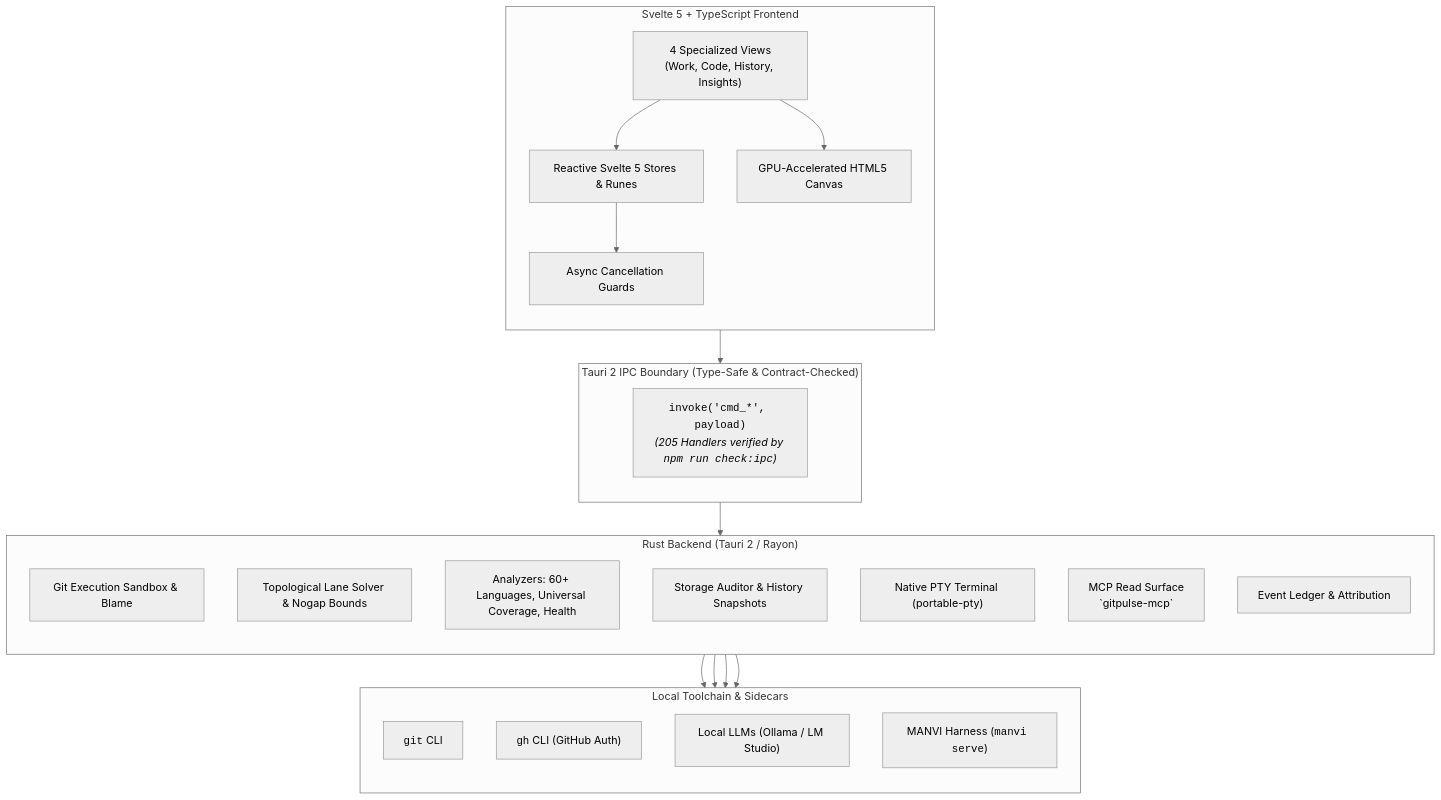
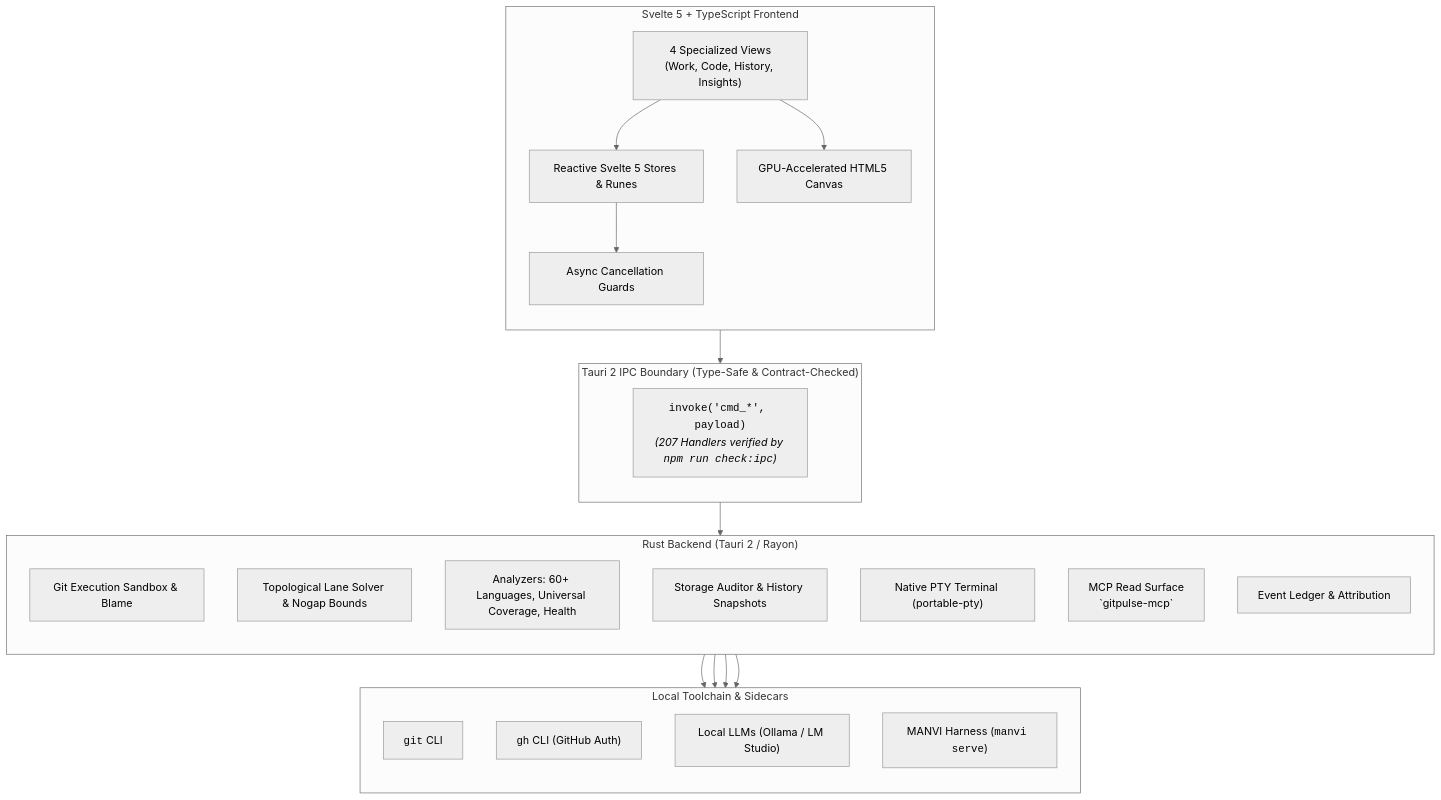
Before and after one commit to bharathvbcr/GitPulse: the first of 4 diagrams in README.md, drawn with Mermaid (neutral theme). The commit also changed other lines of this file and 151 other files, not shown here.

````diff
--- a/README.md
+++ b/README.md
@@ -45,45 +45,45 @@
 ```mermaid
 flowchart TB
     subgraph Frontend["Svelte 5 + TypeScript Frontend"]
         direction TB
         Views["4 Specialized Views<br/>(Work, Code, History, Insights)"]
         Stores["Reactive Svelte 5 Stores & Runes"]
         CanvasEngine["GPU-Accelerated HTML5 Canvas"]
         AsyncGuards["Async Cancellation Guards"]
         
         Views --> Stores
         Views --> CanvasEngine
         Stores --> AsyncGuards
     end
 
     subgraph IPC["Tauri 2 IPC Boundary (Type-Safe & Contract-Checked)"]
         direction TB
-        IPCBridge["<code>invoke('cmd_*', payload)</code><br/><i>(205 Handlers verified by <code>npm run check:ipc</code>)</i>"]
+        IPCBridge["<code>invoke('cmd_*', payload)</code><br/><i>(207 Handlers verified by <code>npm run check:ipc</code>)</i>"]
     end
 
     subgraph Backend["Rust Backend (Tauri 2 / Rayon)"]
         direction TB
         GitSandbox["Git Execution Sandbox & Blame"]
         GraphSolver["Topological Lane Solver & Nogap Bounds"]
         Analyzers["Analyzers: 60+ Languages, Universal Coverage, Health"]
         StorageEngine["Storage Auditor & History Snapshots"]
         TerminalPTY["Native PTY Terminal (portable-pty)"]
         MCPServer["MCP Read Surface<br/>`gitpulse-mcp`"]
         Ledger["Event Ledger & Attribution"]
     end
 
     subgraph LocalTools["Local Toolchain & Sidecars"]
         direction TB
         GitCLI["<code>git</code> CLI"]
         GhCLI["<code>gh</code> CLI (GitHub Auth)"]
         LocalAI["Local LLMs (Ollama / LM Studio)"]
         ManviSidecar["MANVI Harness (<code>manvi serve</code>)"]
     end
 
     AsyncGuards --> IPCBridge
     IPCBridge --> Backend
     GitSandbox --> GitCLI
     Analyzers --> GhCLI
     Analyzers --> LocalAI
     Backend --> ManviSidecar
 ```
````
